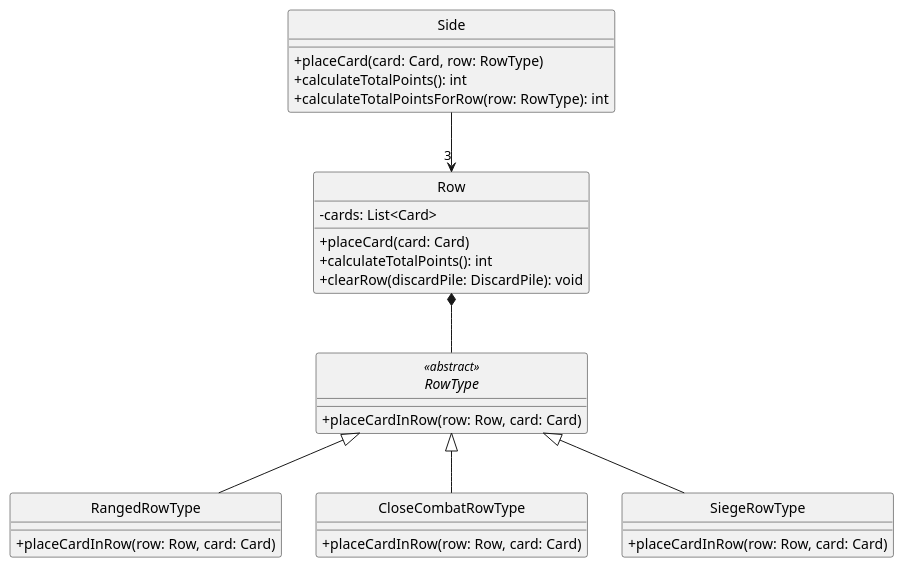
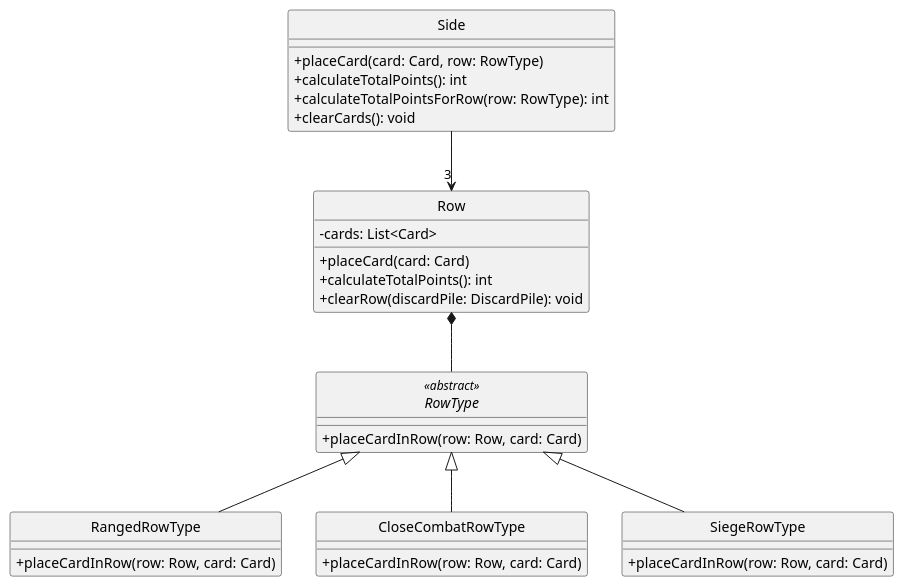
The diagram in diagrams/classes/side.plantuml (Yonhir/algo3_proyecto_base_tp2), drawn with PlantUML before and after one commit. The commit also changed 1 other file, not shown here.

```diff
--- a/diagrams/classes/side.plantuml
+++ b/diagrams/classes/side.plantuml
@@ -1,47 +1,48 @@
 @startuml
 
 skinparam monochrome true
 hide circle
 skinparam classAttributeIconSize 0
 
 ' =====================
 ' SIDE
 ' =====================
 
 class Side {
   +placeCard(card: Card, row: RowType)
   +calculateTotalPoints(): int
   +calculateTotalPointsForRow(row: RowType): int
+  +clearCards(): void
 }
 
 class Row {
   -cards: List<Card>
   +placeCard(card: Card)
   +calculateTotalPoints(): int
   +clearRow(discardPile: DiscardPile): void
 }
 
 abstract class RowType <<abstract>> {
   +placeCardInRow(row: Row, card: Card)
 }
 
 class RangedRowType extends RowType {
   +placeCardInRow(row: Row, card: Card)
 }
 
 class CloseCombatRowType extends RowType {
   +placeCardInRow(row: Row, card: Card)
 }
 
 class SiegeRowType extends RowType {
   +placeCardInRow(row: Row, card: Card)
 }
 
 ' =====================
 ' RELATIONSHIPS
 ' =====================
 
 Side --> "3" Row
 Row *-- RowType
 
 @enduml
```
